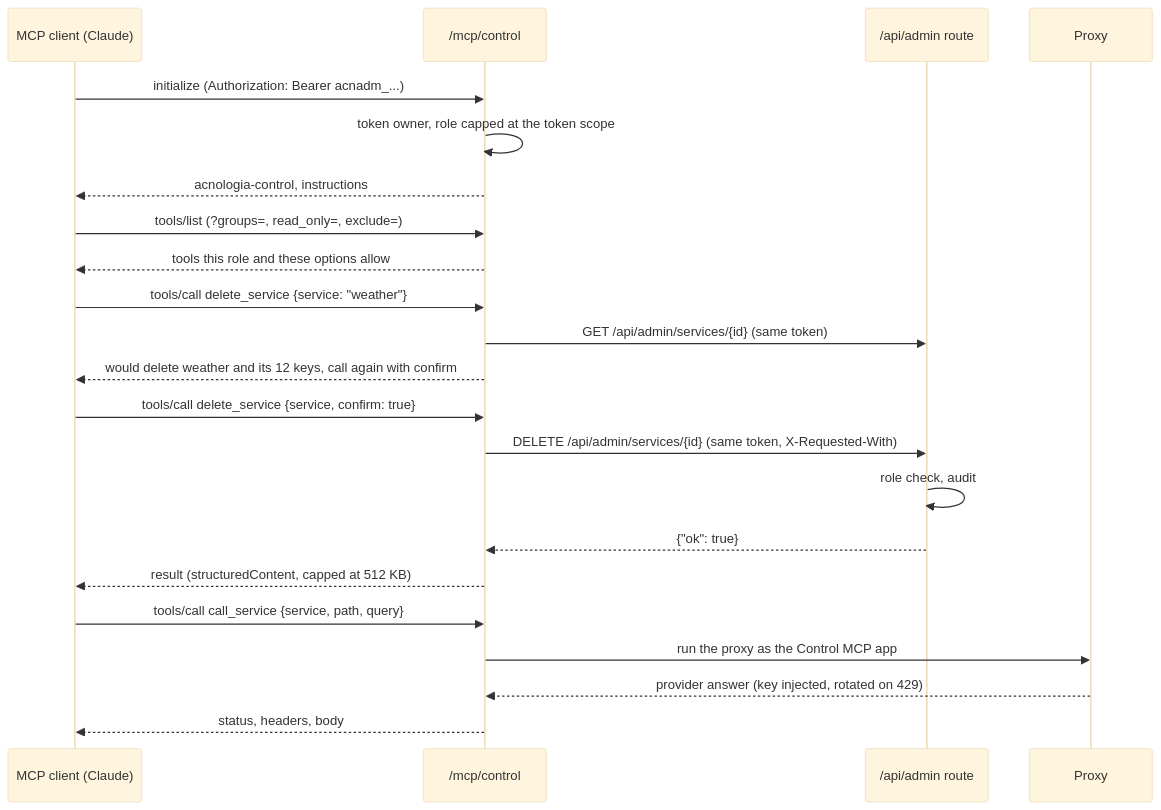
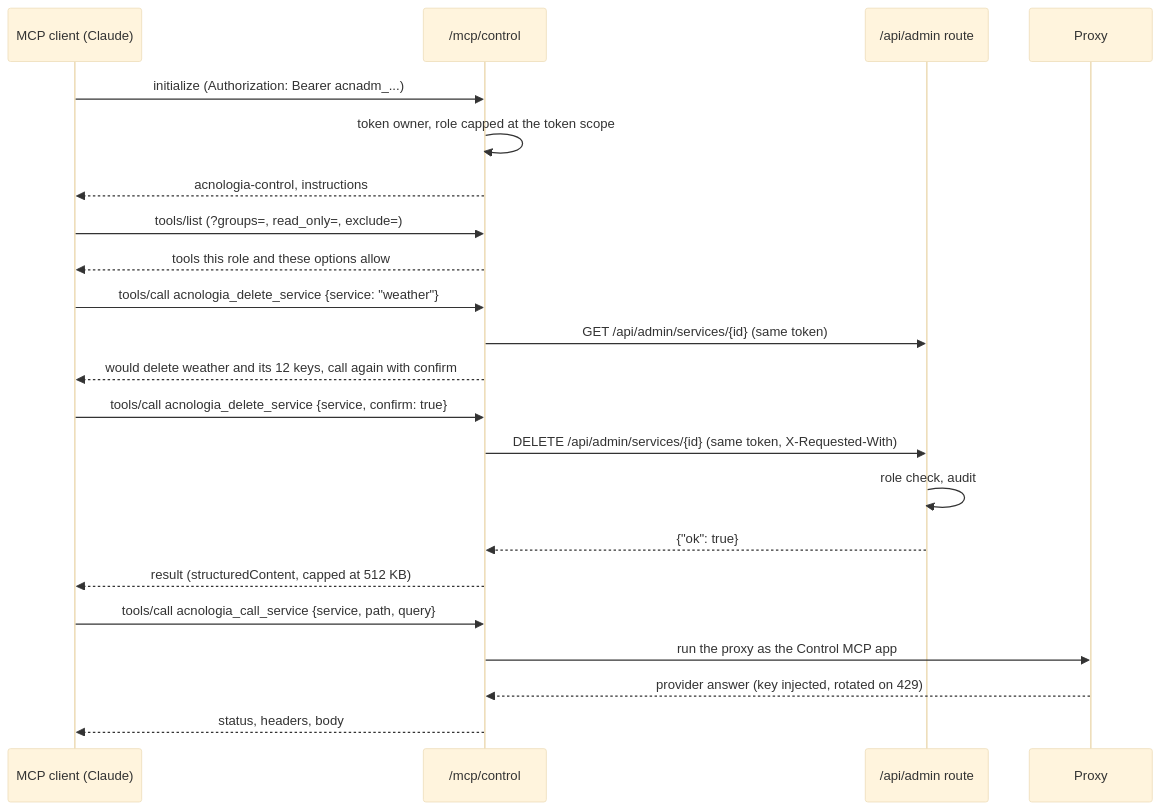
Before and after one commit to sidharthpunathil/acnologia: the tenth of 21 diagrams in docs/flows.md, drawn with Mermaid (base theme). The commit also changed other lines of this file and 24 other files, not shown here.

First line of the commit message:
List the control MCP's tools as acnologia_<name> and page its lists

````diff
--- a/docs/flows.md
+++ b/docs/flows.md
@@ -547,25 +549,25 @@
 ```mermaid
 sequenceDiagram
     participant Cl as MCP client (Claude)
     participant M as /mcp/control
     participant R as /api/admin route
     participant P as Proxy
 
     Cl->>M: initialize (Authorization: Bearer acnadm_...)
     M->>M: token owner, role capped at the token scope
     M-->>Cl: acnologia-control, instructions
     Cl->>M: tools/list (?groups=, read_only=, exclude=)
     M-->>Cl: tools this role and these options allow
-    Cl->>M: tools/call delete_service {service: "weather"}
+    Cl->>M: tools/call acnologia_delete_service {service: "weather"}
     M->>R: GET /api/admin/services/{id} (same token)
     M-->>Cl: would delete weather and its 12 keys, call again with confirm
-    Cl->>M: tools/call delete_service {service, confirm: true}
+    Cl->>M: tools/call acnologia_delete_service {service, confirm: true}
     M->>R: DELETE /api/admin/services/{id} (same token, X-Requested-With)
     R->>R: role check, audit
     R-->>M: {"ok": true}
     M-->>Cl: result (structuredContent, capped at 512 KB)
-    Cl->>M: tools/call call_service {service, path, query}
+    Cl->>M: tools/call acnologia_call_service {service, path, query}
     M->>P: run the proxy as the Control MCP app
     P-->>M: provider answer (key injected, rotated on 429)
     M-->>Cl: status, headers, body
 ```
````
